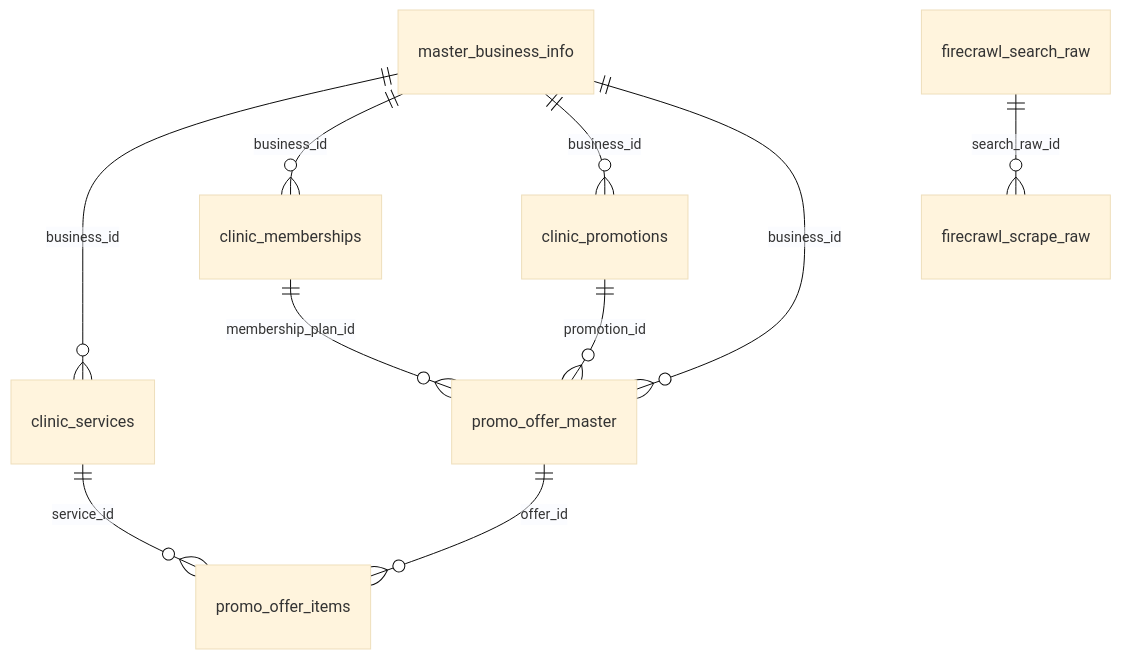
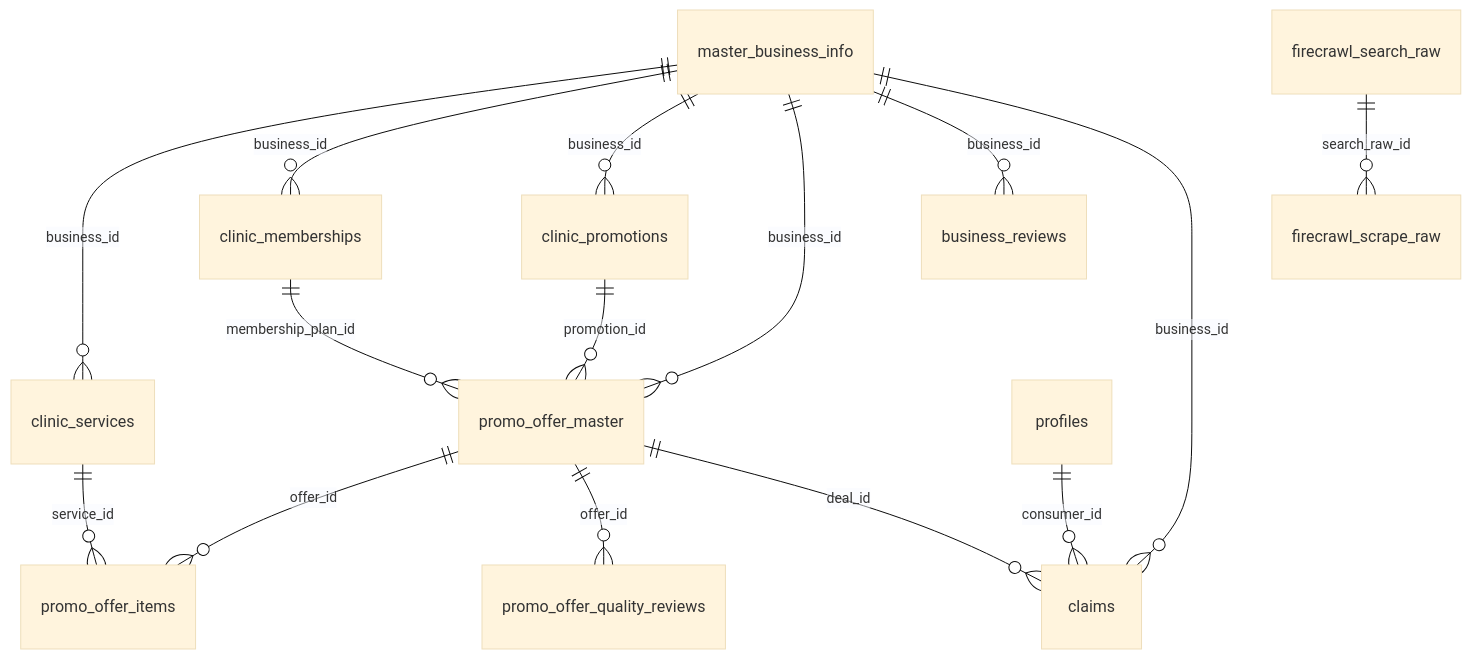
The diagram in docs/data-model-pipeline.md (loong-gif/CostFinder-Crawler), drawn with Mermaid (base theme) before and after one commit. The commit also changed other lines of this file and 32 other files, not shown here.

````diff
--- a/docs/data-model-pipeline.md
+++ b/docs/data-model-pipeline.md
@@ -7,12 +9,19 @@
 ```mermaid
 erDiagram
   master_business_info ||--o{ clinic_services : business_id
   master_business_info ||--o{ clinic_memberships : business_id
   master_business_info ||--o{ clinic_promotions : business_id
   master_business_info ||--o{ promo_offer_master : business_id
+  master_business_info ||--o{ business_reviews : business_id
+  master_business_info ||--o{ claims : business_id
+
   clinic_memberships ||--o{ promo_offer_master : membership_plan_id
   clinic_promotions ||--o{ promo_offer_master : promotion_id
   promo_offer_master ||--o{ promo_offer_items : offer_id
   clinic_services ||--o{ promo_offer_items : service_id
+  promo_offer_master ||--o{ promo_offer_quality_reviews : offer_id
+  promo_offer_master ||--o{ claims : deal_id
+  profiles ||--o{ claims : consumer_id
+
   firecrawl_search_raw ||--o{ firecrawl_scrape_raw : search_raw_id
 ```
````
